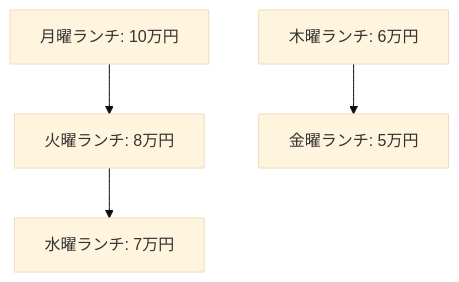
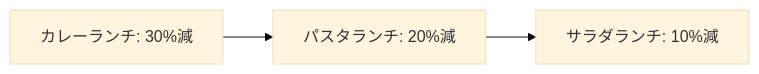
One commit to lcp-business-SRE/data-analytics-knowledge-base changed the third of 3 diagrams in data-analytics-guides/docs/data-analysis/fundamentals/columns-dataanalysis-and-scenario-creation.md. Above: the diagram before and after it, drawn with Mermaid (base theme). The commit also changed other lines of this file and 1 other file, not shown here.

````diff
--- a/data-analytics-guides/docs/data-analysis/fundamentals/columns-dataanalysis-and-scenario-creation.md
+++ b/data-analytics-guides/docs/data-analysis/fundamentals/columns-dataanalysis-and-scenario-creation.md
@@ -137,6 +143,5 @@
 ```mermaid
-%% 曜日・時間帯別売上（イメージ）
-graph TD
-    MonLunch[月曜ランチ: 10万円] --> TueLunch[火曜ランチ: 8万円] --> WedLunch[水曜ランチ: 7万円]
-    ThuLunch[木曜ランチ: 6万円] --> FriLunch[金曜ランチ: 5万円]
+%% 人気メニュー販売数推移（イメージ）
+graph LR
+    Curry[カレーランチ: 30%減] --> Pasta[パスタランチ: 20%減] --> Salad[サラダランチ: 10%減]
 ```
````
